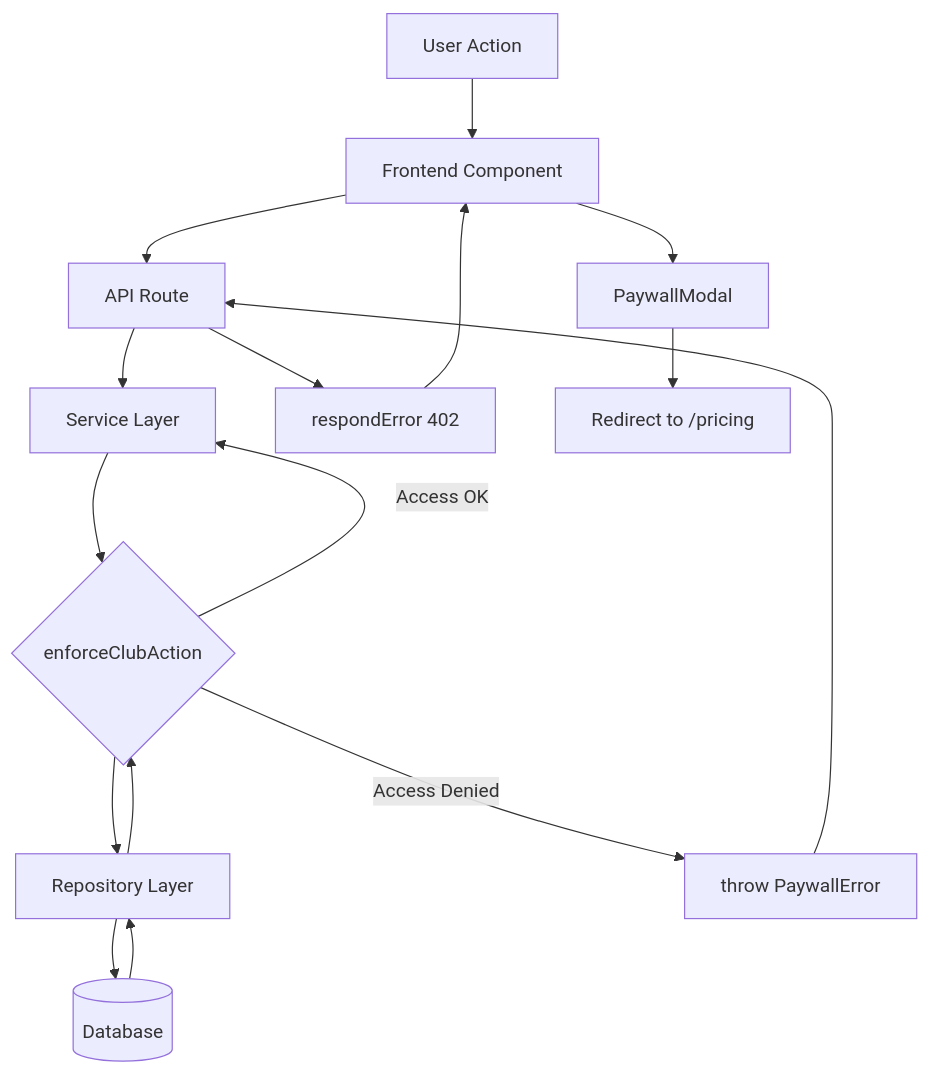
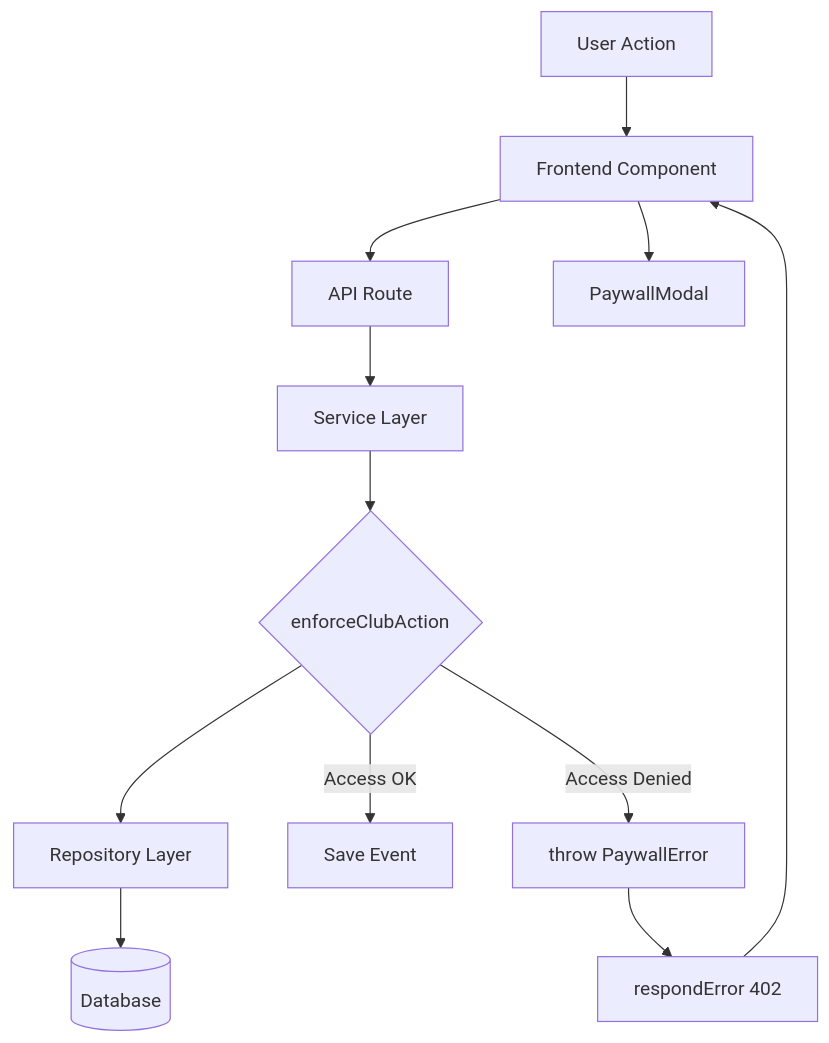
The diagram in docs/ssot/SSOT_BILLING_SYSTEM_ANALYSIS.md (igorkhvan/need4trip), drawn with Mermaid before and after one commit. The commit also changed other lines of this file and 2 other files, not shown here.

````diff
--- a/docs/ssot/SSOT_BILLING_SYSTEM_ANALYSIS.md
+++ b/docs/ssot/SSOT_BILLING_SYSTEM_ANALYSIS.md
@@ -160,18 +130,14 @@
 ```mermaid
 graph TB
     A[User Action] --> B[Frontend Component]
     B --> C[API Route]
     C --> D[Service Layer]
     D --> E{enforceClubAction}
     E --> F[Repository Layer]
     F --> G[(Database)]
-    G --> F
-    F --> E
-    E -->|Access OK| D
-    E -->|Access Denied| H[throw PaywallError]
-    H --> C
-    C --> I[respondError 402]
-    I --> B
-    B --> J[PaywallModal]
-    J --> K[Redirect to /pricing]
+    E -->|Access OK| H[Save Event]
+    E -->|Access Denied| I[throw PaywallError]
+    I --> J[respondError 402]
+    J --> B
+    B --> K[PaywallModal]
 ```
````
